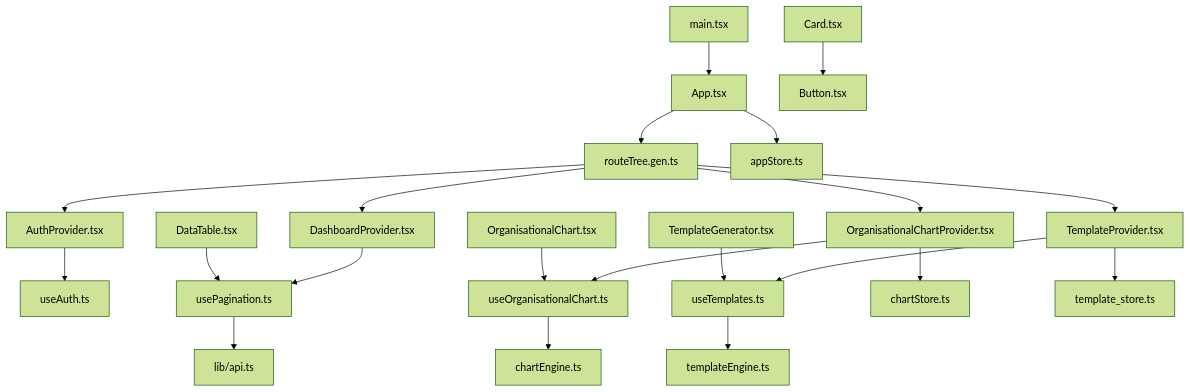
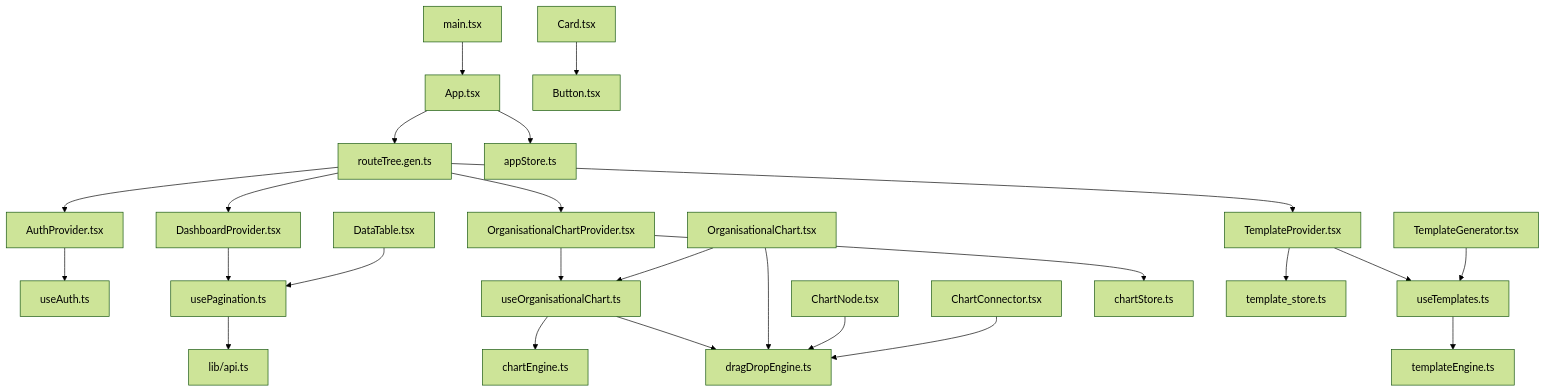
Diagram 11 of 11 in .qoder/repowiki/en/content/System Architecture/Frontend Architecture/Component Architecture/Component Architecture.md (franckylab/eLISAschool), drawn with Mermaid (forest theme) before and after one commit. The commit also changed other lines of this file and 101 other files, not shown here.

First line of the commit message:
docs(architecture): document refonte de l’architecture backend et améliorations frontend

````diff
--- a/.qoder/repowiki/en/content/System Architecture/Frontend Architecture/Component Architecture/Component Architecture.md
+++ b/.qoder/repowiki/en/content/System Architecture/Frontend Architecture/Component Architecture/Component Architecture.md
@@ -659,23 +731,27 @@
 ```mermaid
 graph TB
 main_tsx["main.tsx"] --> app_tsx["App.tsx"]
 app_tsx --> route_tree["routeTree.gen.ts"]
 route_tree --> auth_provider["AuthProvider.tsx"]
 route_tree --> dashboard_provider["DashboardProvider.tsx"]
 route_tree --> org_chart_provider["OrganisationalChartProvider.tsx"]
 route_tree --> template_provider["TemplateProvider.tsx"]
 auth_provider --> use_auth["useAuth.ts"]
 dashboard_provider --> use_pagination["usePagination.ts"]
 org_chart_provider --> use_chart["useOrganisationalChart.ts"]
 template_provider --> use_templates["useTemplates.ts"]
 use_pagination --> api_lib["lib/api.ts"]
 use_chart --> chart_engine["chartEngine.ts"]
+use_chart --> drag_drop["dragDropEngine.ts"]
 use_templates --> template_engine["templateEngine.ts"]
 ui_datatable["DataTable.tsx"] --> use_pagination
 ui_card["Card.tsx"] --> ui_button["Button.tsx"]
 ui_chart["OrganisationalChart.tsx"] --> use_chart
+ui_chart --> drag_drop
+ui_node["ChartNode.tsx"] --> drag_drop
+ui_connector["ChartConnector.tsx"] --> drag_drop
 ui_template["TemplateGenerator.tsx"] --> use_templates
 app_tsx --> app_store["appStore.ts"]
 org_chart_provider --> chart_store["chartStore.ts"]
 template_provider --> template_store["template_store.ts"]
 ```
````
